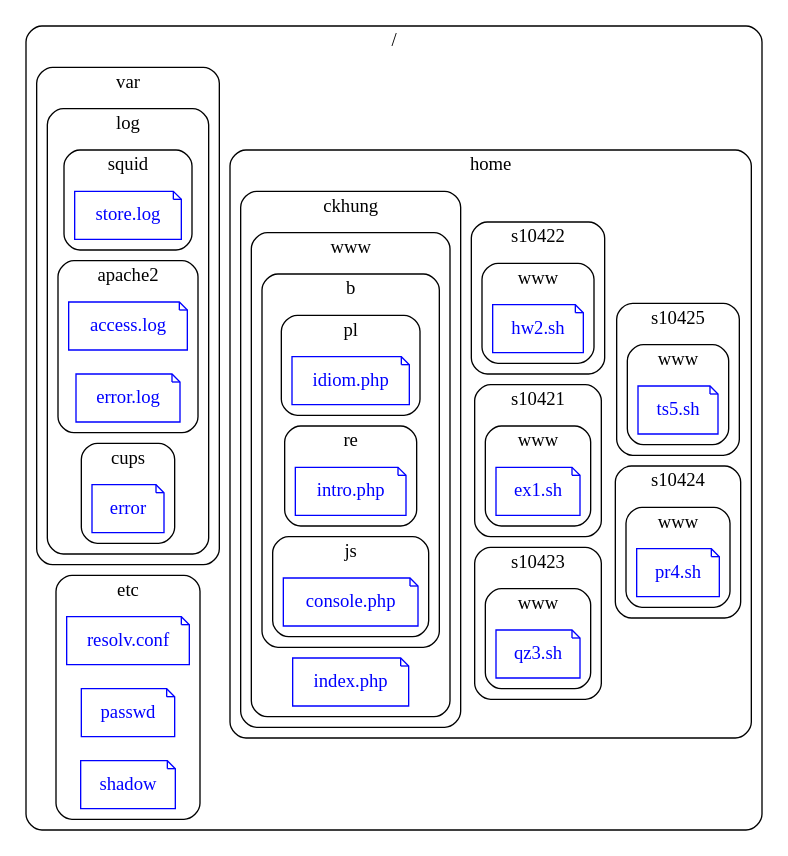
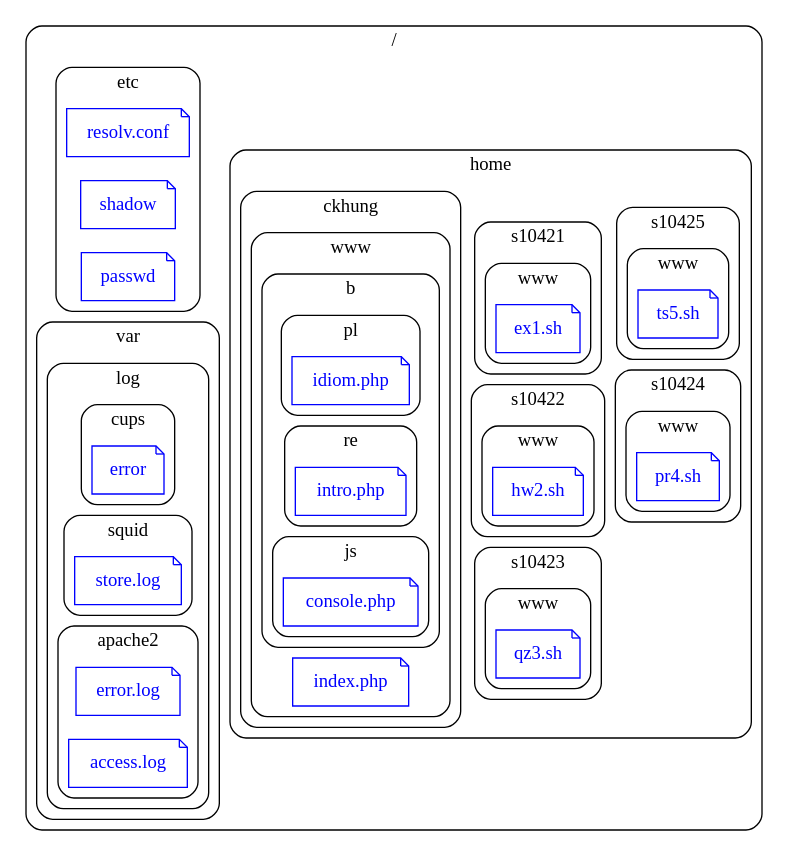
Before and after one commit to ckhung/dirtree2dot: the diagram in ex1.dot, drawn with Graphviz. The commit also changed 6 other files, not shown here.

```diff
--- a/ex1.dot
+++ b/ex1.dot
@@ -1,99 +1,100 @@
 digraph G{
   rankdir = LR;
   overlap = scale;
   # http://www.graphviz.org/content/global-subgraph-style-statements
   graph [shape="folder", style="rounded"];
   node [shape="note", color="blue", fontcolor="blue"];
   edge [style=invis];
   subgraph "cluster" {
     label="/";
-    subgraph "cluster/var" {
-      label="var";
-      subgraph "cluster/var/log" {
-        label="log";
-        subgraph "cluster/var/log/squid" {
-          label="squid";
-          "/var/log/squid/store.log" [ label="store.log"];
-        }
-        subgraph "cluster/var/log/apache2" {
-          label="apache2";
-          "/var/log/apache2/access.log" [ label="access.log"];
-          "/var/log/apache2/error.log" [ label="error.log"];
-        }
-        subgraph "cluster/var/log/cups" {
-          label="cups";
-          "/var/log/cups/error" [ label="error"];
-        }
-      }
-    }
     subgraph "cluster/etc" {
       label="etc";
       "/etc/resolv.conf" [ label="resolv.conf"];
+      "/etc/shadow" [ label="shadow"];
       "/etc/passwd" [ label="passwd"];
-      "/etc/shadow" [ label="shadow"];
     }
     subgraph "cluster/home" {
       label="home";
+      subgraph "cluster/home/s10424" {
+        label="s10424";
+        subgraph "cluster/home/s10424/www" {
+          label="www";
+          "/home/s10424/www/pr4.sh" [ label="pr4.sh"];
+        }
+      }
+      subgraph "cluster/home/s10423" {
+        label="s10423";
+        subgraph "cluster/home/s10423/www" {
+          label="www";
+          "/home/s10423/www/qz3.sh" [ label="qz3.sh"];
+        }
+      }
+      subgraph "cluster/home/s10425" {
+        label="s10425";
+        subgraph "cluster/home/s10425/www" {
+          label="www";
+          "/home/s10425/www/ts5.sh" [ label="ts5.sh"];
+        }
+      }
       subgraph "cluster/home/ckhung" {
         label="ckhung";
         subgraph "cluster/home/ckhung/www" {
           label="www";
           subgraph "cluster/home/ckhung/www/b" {
             label="b";
             subgraph "cluster/home/ckhung/www/b/pl" {
               label="pl";
               "/home/ckhung/www/b/pl/idiom.php" [ label="idiom.php"];
             }
             subgraph "cluster/home/ckhung/www/b/re" {
               label="re";
               "/home/ckhung/www/b/re/intro.php" [ label="intro.php"];
             }
             subgraph "cluster/home/ckhung/www/b/js" {
               label="js";
               "/home/ckhung/www/b/js/console.php" [ label="console.php"];
             }
           }
           "/home/ckhung/www/index.php" [ label="index.php"];
         }
       }
-      subgraph "cluster/home/s10423" {
-        label="s10423";
-        subgraph "cluster/home/s10423/www" {
+      subgraph "cluster/home/s10422" {
+        label="s10422";
+        subgraph "cluster/home/s10422/www" {
           label="www";
-          "/home/s10423/www/qz3.sh" [ label="qz3.sh"];
-        }
-      }
-      subgraph "cluster/home/s10424" {
-        label="s10424";
-        subgraph "cluster/home/s10424/www" {
-          label="www";
-          "/home/s10424/www/pr4.sh" [ label="pr4.sh"];
+          "/home/s10422/www/hw2.sh" [ label="hw2.sh"];
         }
       }
       subgraph "cluster/home/s10421" {
         label="s10421";
         subgraph "cluster/home/s10421/www" {
           label="www";
           "/home/s10421/www/ex1.sh" [ label="ex1.sh"];
         }
       }
-      subgraph "cluster/home/s10422" {
-        label="s10422";
-        subgraph "cluster/home/s10422/www" {
-          label="www";
-          "/home/s10422/www/hw2.sh" [ label="hw2.sh"];
+    }
+    subgraph "cluster/var" {
+      label="var";
+      subgraph "cluster/var/log" {
+        label="log";
+        subgraph "cluster/var/log/cups" {
+          label="cups";
+          "/var/log/cups/error" [ label="error"];
         }
-      }
-      subgraph "cluster/home/s10425" {
-        label="s10425";
-        subgraph "cluster/home/s10425/www" {
-          label="www";
-          "/home/s10425/www/ts5.sh" [ label="ts5.sh"];
+        subgraph "cluster/var/log/squid" {
+          label="squid";
+          "/var/log/squid/store.log" [ label="store.log"];
+        }
+        subgraph "cluster/var/log/apache2" {
+          label="apache2";
+          "/var/log/apache2/error.log" [ label="error.log"];
+          "/var/log/apache2/access.log" [ label="access.log"];
         }
       }
     }
   }
   {"/etc/passwd" "/var/log/squid/store.log"} -> "/home/ckhung/www/b/re/intro.php";
   "/home/ckhung/www/b/re/intro.php" -> { "/home/s10421/www/ex1.sh" "/home/s10422/www/hw2.sh" "/home/s10423/www/qz3.sh" };
   "/home/s10421/www/ex1.sh" -> { "/home/s10424/www/pr4.sh" "/home/s10425/www/ts5.sh" };
+
 }
```
